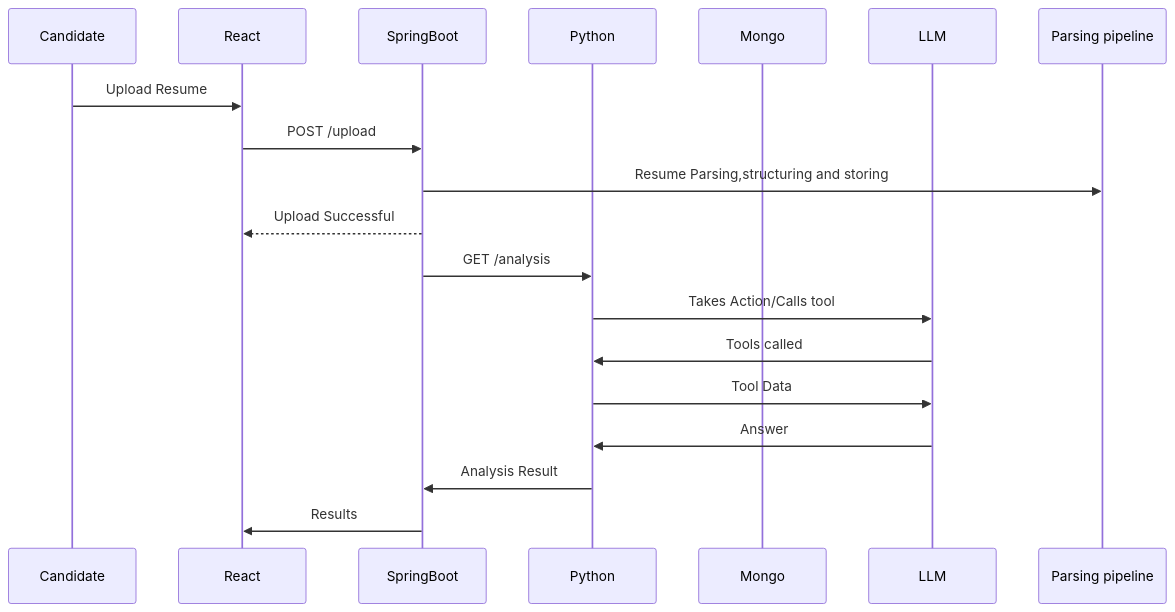
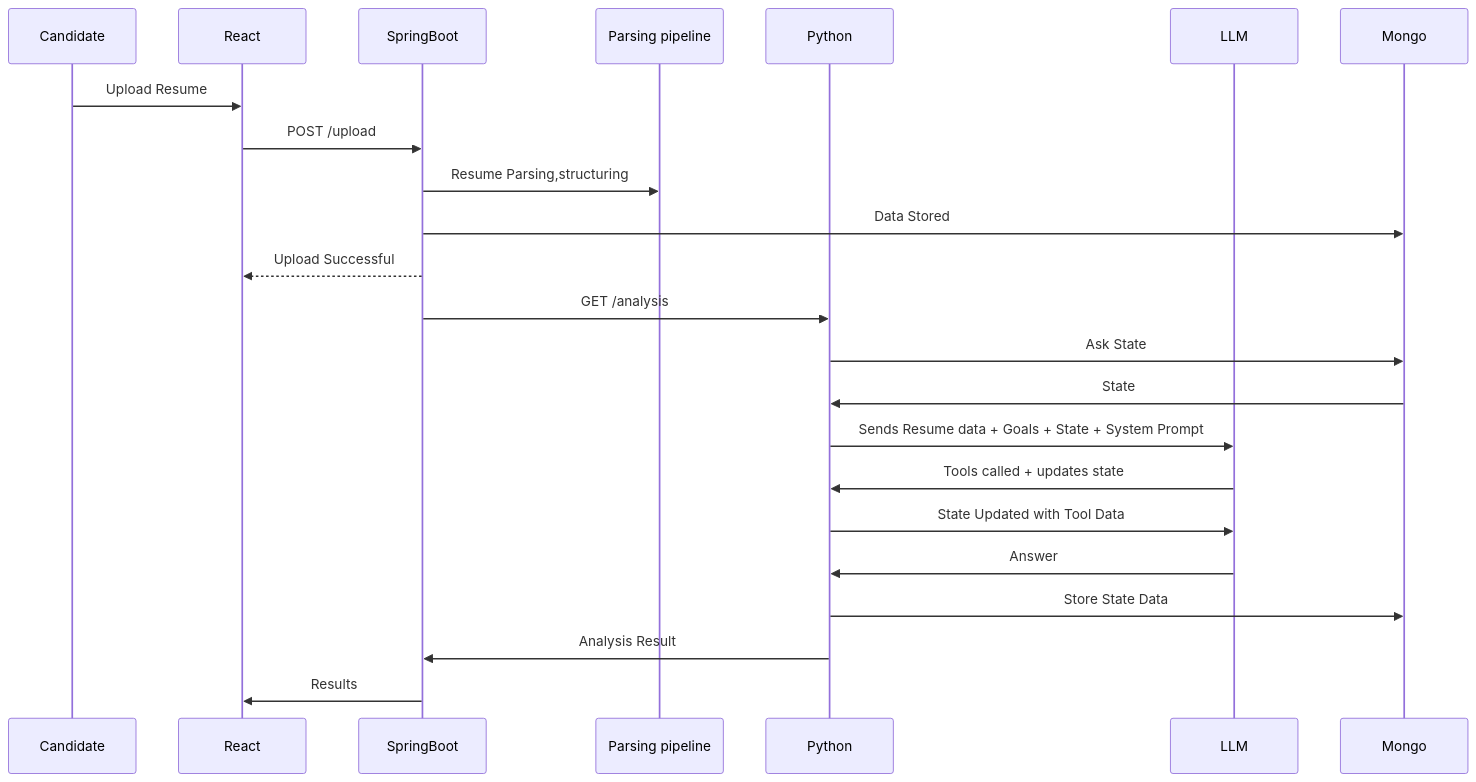
The seventh of 7 diagrams in README.md (Rishu2905/candidate-ai-portal), drawn with Mermaid before and after one commit. The commit also changed other lines of this file and 8 other files, not shown here.

````diff
--- a/README.md
+++ b/README.md
@@ -497,38 +204,40 @@
 ```mermaid
 sequenceDiagram
 
     participant Candidate
 
     participant React
 
     participant SpringBoot
+    participant Parsing pipeline
 
     participant Python
-
+    participant LLM
     participant Mongo
-    participant LLM
-    participant Parsing pipeline
+    
 
     Candidate->>React: Upload Resume
 
     React->>SpringBoot: POST /upload
 
-    SpringBoot->>Parsing pipeline: Resume Parsing,structuring and storing
+    SpringBoot->>Parsing pipeline: Resume Parsing,structuring
+    SpringBoot->>Mongo: Data Stored
 
     SpringBoot-->>React: Upload Successful
 
     SpringBoot->>Python: GET /analysis
 
-    Python->>LLM: Takes Action/Calls tool
+    Python->> Mongo: Ask State
+    Mongo->> Python: State
+    Python->>LLM: Sends Resume data + Goals + State + System Prompt
+    LLM->>Python: Tools called + updates state
 
-    LLM->>Python: Tools called
-
-    Python->>LLM: Tool Data
+    Python->>LLM: State Updated with Tool Data
 
     LLM->>Python: Answer
+    Python->>Mongo : Store State Data
 
     Python->>SpringBoot: Analysis Result
 
     SpringBoot->>React: Results
-
 ```
````
